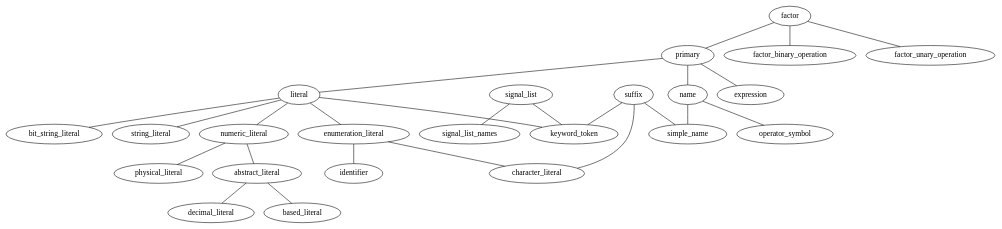
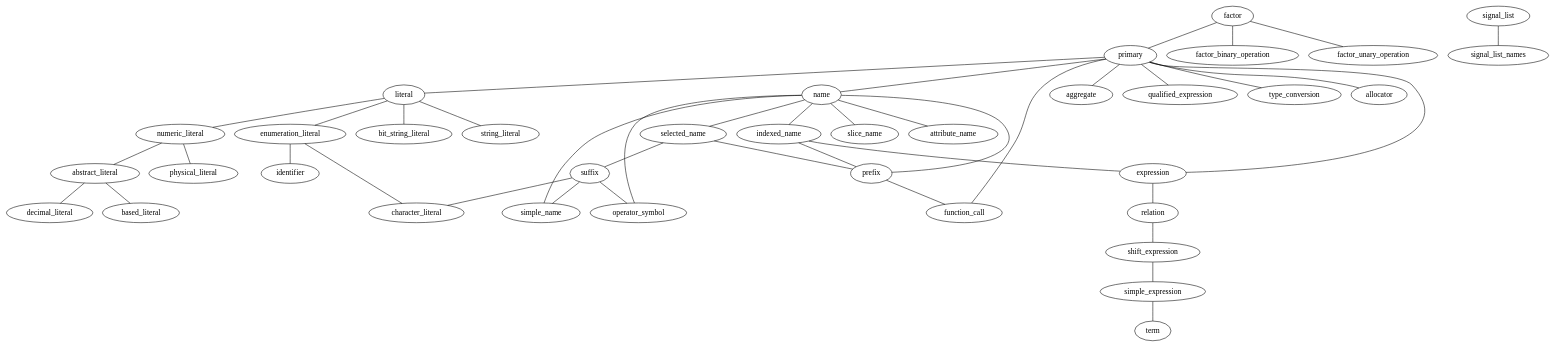
One commit to ibis-hdl/compiler changed the diagram in sources/vhdl93/doc/vhdl93_ast.dot. Above: the diagram before and after it, drawn with Graphviz. The commit also changed 1 other file, not shown here.

```diff
--- a/sources/vhdl93/doc/vhdl93_ast.dot
+++ b/sources/vhdl93/doc/vhdl93_ast.dot
@@ -1,44 +1,59 @@
 graph ast_variant {
 
-    //abstract_literal -- nullary;
     abstract_literal -- decimal_literal
     abstract_literal -- based_literal;
 
-    //numeric_literal -- nullary;
     numeric_literal -- abstract_literal;
     numeric_literal -- physical_literal;
 
-    //enumeration_literal -- nullary;
     enumeration_literal -- identifier;
     enumeration_literal -- character_literal;
 
-    //literal -- nullary;
     literal -- bit_string_literal;
     literal -- enumeration_literal;
-    literal -- keyword_token;
     literal -- numeric_literal;
     literal -- string_literal;
+    //literal -- keyword_token;
 
-    //name -- nullary;
+    name -- simple_name;
     name -- operator_symbol;
-    name -- simple_name;
+    name -- selected_name;
+    name -- indexed_name;
+    name -- slice_name;
+    name -- attribute_name;
 
-    //factor -- nullary;
     factor -- primary;
     factor -- factor_binary_operation;
     factor -- factor_unary_operation;
 
-    //primary -- nullary;
+    prefix -- name;
+    prefix -- function_call;
+
+    primary -- name;
     primary -- literal;
-    primary -- name;
+    primary -- aggregate;
+    primary -- function_call;
+    primary -- qualified_expression;
+    primary -- type_conversion;
+    primary -- allocator;
     primary -- expression;
 
-    //signal_list -- nullary;
     signal_list -- signal_list_names;
-    signal_list -- keyword_token;
+    //signal_list -- keyword_token;
 
-    //suffix -- nullary;
     suffix -- simple_name;
     suffix -- character_literal;
-    suffix -- keyword_token;
+    suffix -- operator_symbol;
+    //suffix -- keyword_token;
+
+    selected_name -- prefix;
+    selected_name -- suffix;
+
+    indexed_name -- prefix;
+    indexed_name -- expression;
+
+    expression -- relation;
+    relation -- shift_expression;
+    shift_expression -- simple_expression;
+    simple_expression -- term;
 }
```
